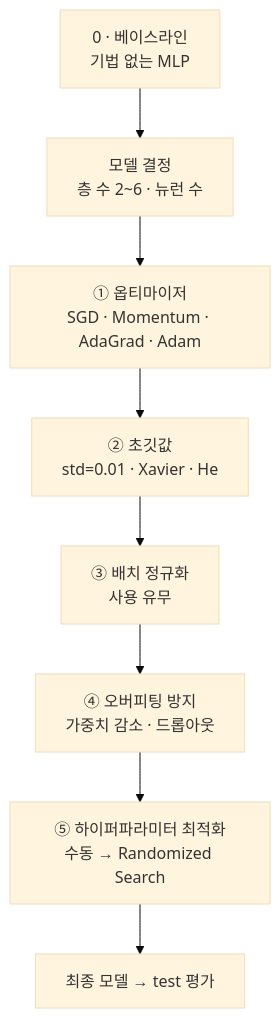
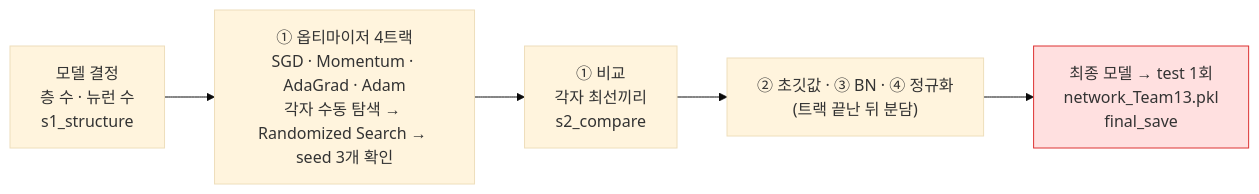
The fourth of 5 diagrams in README.md (applelog/fashion-mnist-optimization-team-project), drawn with Mermaid (base theme) before and after one commit. The commit also changed other lines of this file and 35 other files, not shown here.

````diff
--- a/README.md
+++ b/README.md
@@ -179,11 +182,8 @@
 ```mermaid
-flowchart TB
-    S0["0 · 베이스라인<br/>기법 없는 MLP"] --> S1
-    S1["모델 결정<br/>층 수 2~6 · 뉴런 수"] --> S2
-    S2["① 옵티마이저<br/>SGD · Momentum · AdaGrad · Adam"] --> S3
-    S3["② 초깃값<br/>std=0.01 · Xavier · He"] --> S4
-    S4["③ 배치 정규화<br/>사용 유무"] --> S5
-    S5["④ 오버피팅 방지<br/>가중치 감소 · 드롭아웃"] --> S6
-    S6["⑤ 하이퍼파라미터 최적화<br/>수동 → Randomized Search"] --> S7
-    S7["최종 모델 → test 평가"]
+flowchart LR
+    S1["모델 결정<br/>층 수 · 뉴런 수<br/>s1_structure"] --> T["① 옵티마이저 4트랙<br/>SGD · Momentum · AdaGrad · Adam<br/>각자 수동 탐색 → Randomized Search → seed 3개 확인"]
+    T --> C["① 비교<br/>각자 최선끼리<br/>s2_compare"]
+    C --> N["② 초깃값 · ③ BN · ④ 정규화<br/>(트랙 끝난 뒤 분담)"]
+    N --> F["최종 모델 → test 1회<br/>network_Team13.pkl<br/>final_save"]
+    style F fill:#ffe0e0,stroke:#d33
 ```
````
